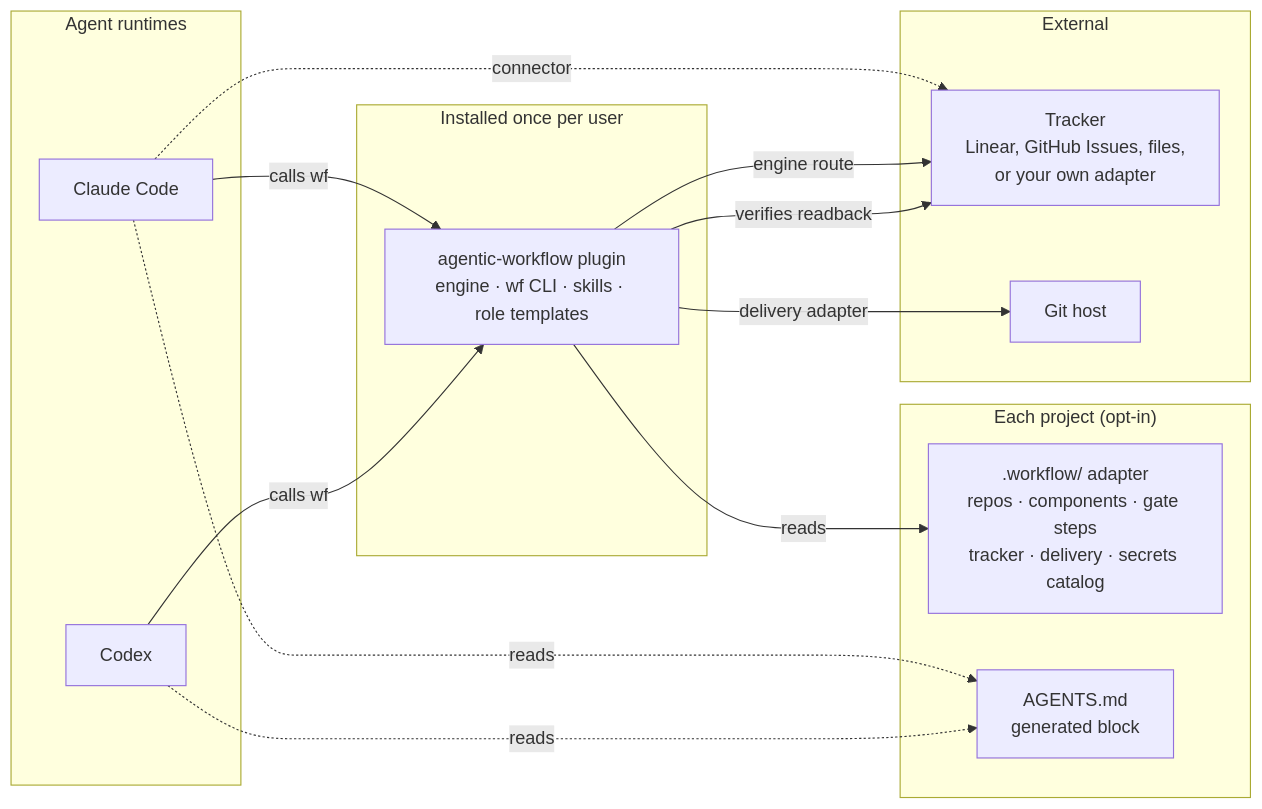
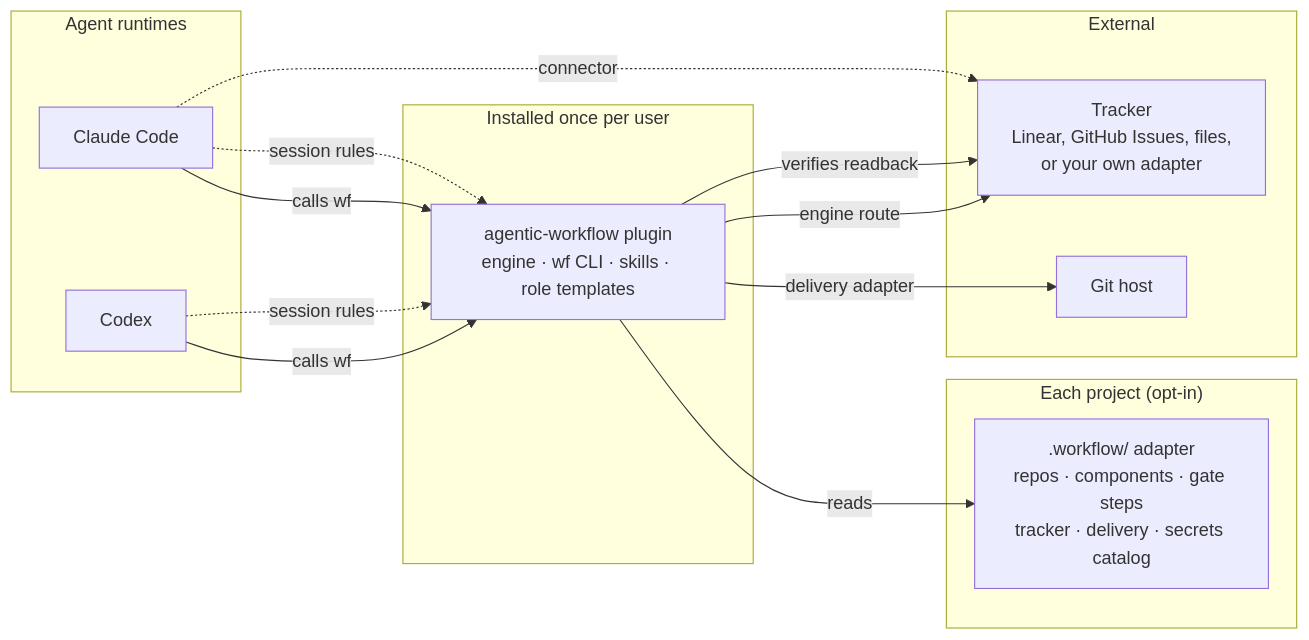
Before and after one commit to o-m-a-r-k/agentic-workflow: the diagram in docs/concepts.md, drawn with Mermaid. The commit also changed other lines of this file and 14 other files, not shown here.

Commit message:
feat: the plugin's standing rules reach sessions from its SessionStart hook; wf sync removes the AGENTS.md block earlier releases wrote (D30)

````diff
--- a/docs/concepts.md
+++ b/docs/concepts.md
@@ -16,27 +16,26 @@
 ```mermaid
 flowchart LR
   subgraph User["Installed once per user"]
     P["agentic-workflow plugin<br/>engine · wf CLI · skills · role templates"]
   end
   subgraph Project["Each project (opt-in)"]
     A[".workflow/ adapter<br/>repos · components · gate steps<br/>tracker · delivery · secrets catalog"]
-    AG["AGENTS.md<br/>generated block"]
   end
   subgraph Runtimes["Agent runtimes"]
     C["Claude Code"]
     X["Codex"]
   end
   subgraph Outside["External"]
     T["Tracker<br/>Linear, GitHub Issues, files,<br/>or your own adapter"]
     G["Git host"]
   end
   P -- reads --> A
   C -- calls wf --> P
   X -- calls wf --> P
-  C -. reads .-> AG
-  X -. reads .-> AG
+  C -. session rules .-> P
+  X -. session rules .-> P
   P -- delivery adapter --> G
   C -. connector .-> T
   P -- engine route --> T
   P -- verifies readback --> T
 ```
````
